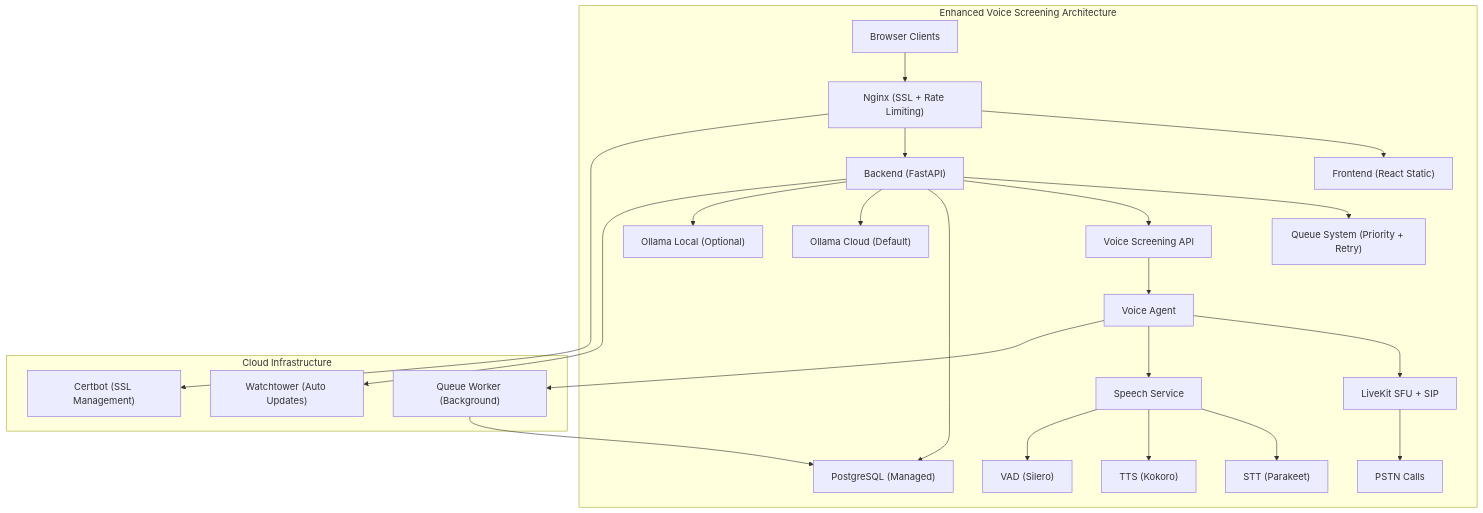
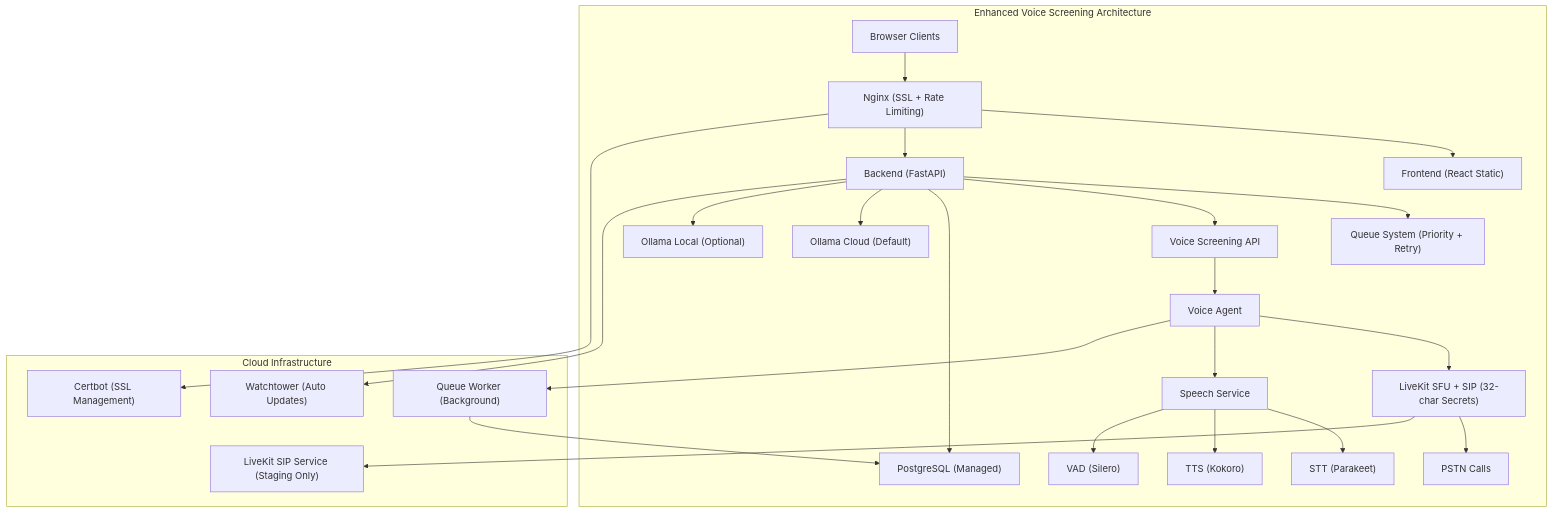
Before and after one commit to Revanththetalogics/aireume: the first of 16 diagrams in .qoder/repowiki/en/content/Deployment & DevOps/Deployment & DevOps.md, drawn with Mermaid. The commit also changed other lines of this file and 118 other files, not shown here.

First line of the commit message:
feat: implement AI Recruiter module - intelligent voice interview agent

````diff
--- a/.qoder/repowiki/en/content/Deployment & DevOps/Deployment & DevOps.md
+++ b/.qoder/repowiki/en/content/Deployment & DevOps/Deployment & DevOps.md
@@ -97,29 +100,31 @@
 ```mermaid
 graph TB
 subgraph "Enhanced Voice Screening Architecture"
 Client["Browser Clients"] --> Nginx["Nginx (SSL + Rate Limiting)"]
 Nginx --> FE["Frontend (React Static)"]
 Nginx --> BE["Backend (FastAPI)"]
 BE --> Queue["Queue System (Priority + Retry)"]
 BE --> VoiceAPI["Voice Screening API"]
 VoiceAPI --> VoiceAgent["Voice Agent"]
-VoiceAgent --> LiveKit["LiveKit SFU + SIP"]
+VoiceAgent --> LiveKit["LiveKit SFU + SIP (32-char Secrets)"]
 LiveKit --> PSTN["PSTN Calls"]
 VoiceAgent --> SpeechService["Speech Service"]
 SpeechService --> STT["STT (Parakeet)"]
 SpeechService --> TTS["TTS (Kokoro)"]
 SpeechService --> VAD["VAD (Silero)"]
 BE --> DB["PostgreSQL (Managed)"]
 BE --> OllamaCloud["Ollama Cloud (Default)"]
 BE --> OllamaLocal["Ollama Local (Optional)"]
 end
 subgraph "Cloud Infrastructure"
 Watchtower["Watchtower (Auto Updates)"]
 Certbot["Certbot (SSL Management)"]
 QueueWorker["Queue Worker (Background)"]
+LiveKitSIP["LiveKit SIP Service (Staging Only)"]
 end
 Nginx --> Certbot
 BE --> Watchtower
 QueueWorker --> DB
 VoiceAgent --> QueueWorker
+LiveKit --> LiveKitSIP
 ```
````
